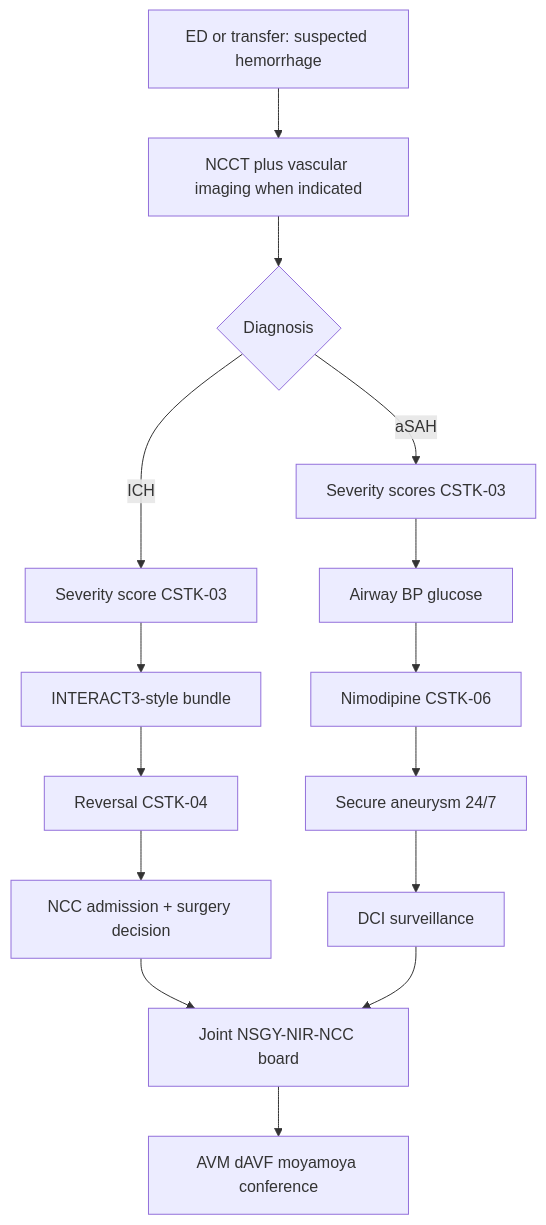
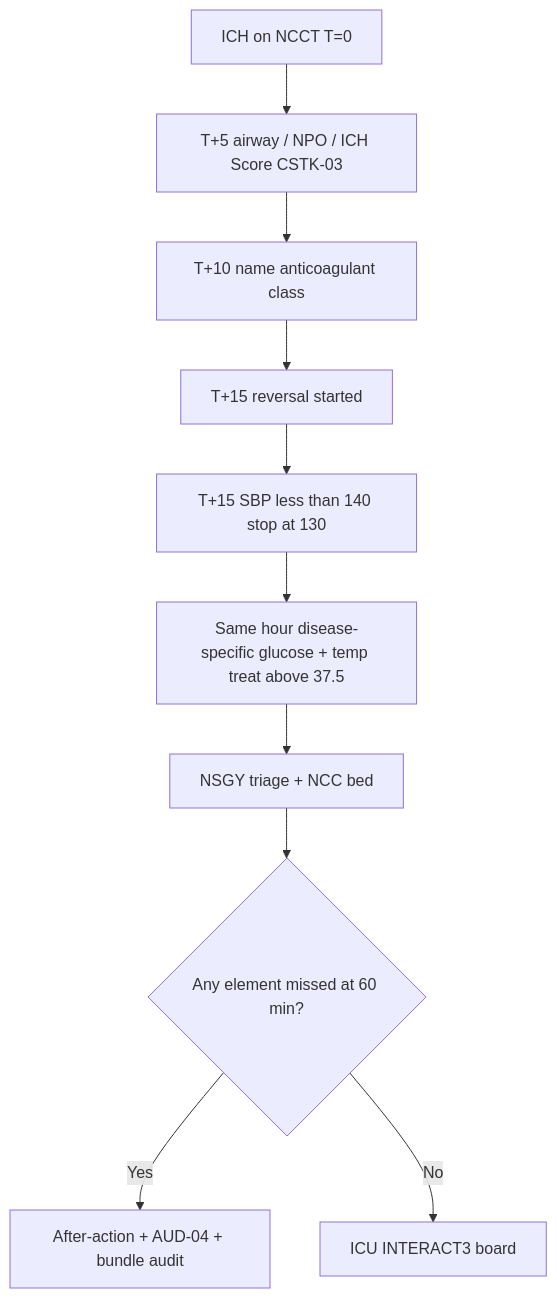
One commit to rkalani1/CSC changed the first of 3 diagrams in docs/clinical/21-hemorrhagic-complex.md. Above: the diagram before and after it, drawn with Mermaid. The commit also changed other lines of this file and 62 other files, not shown here.

````diff
--- a/docs/clinical/21-hemorrhagic-complex.md
+++ b/docs/clinical/21-hemorrhagic-complex.md
@@ -25,17 +23,12 @@
 ```mermaid
-flowchart TB
-    A[ED or transfer: suspected hemorrhage] --> B[NCCT plus vascular imaging when indicated]
-    B --> C{Diagnosis}
-    C -->|ICH| D[Severity score CSTK-03]
-    C -->|aSAH| E[Severity scores CSTK-03]
-    D --> F[INTERACT3-style bundle]
-    F --> G[Reversal CSTK-04]
-    G --> H[NCC admission + surgery decision]
-    E --> I[Airway BP glucose]
-    I --> J[Nimodipine CSTK-06]
-    J --> K[Secure aneurysm 24/7]
-    K --> L[DCI surveillance]
-    H --> M[Joint NSGY-NIR-NCC board]
-    L --> M
-    M --> N[AVM dAVF moyamoya conference]
+flowchart TD
+    A[ICH on NCCT T=0] --> B[T+5 airway / NPO / ICH Score CSTK-03]
+    B --> C[T+10 name anticoagulant class]
+    C --> D[T+15 reversal started]
+    D --> E[T+15 SBP less than 140 stop at 130]
+    E --> F[Same hour disease-specific glucose + temp treat above 37.5]
+    F --> G[NSGY triage + NCC bed]
+    G --> H{Any element missed at 60 min?}
+    H -->|Yes| I[After-action + AUD-04 + bundle audit]
+    H -->|No| J[ICU INTERACT3 board]
 ```
````
